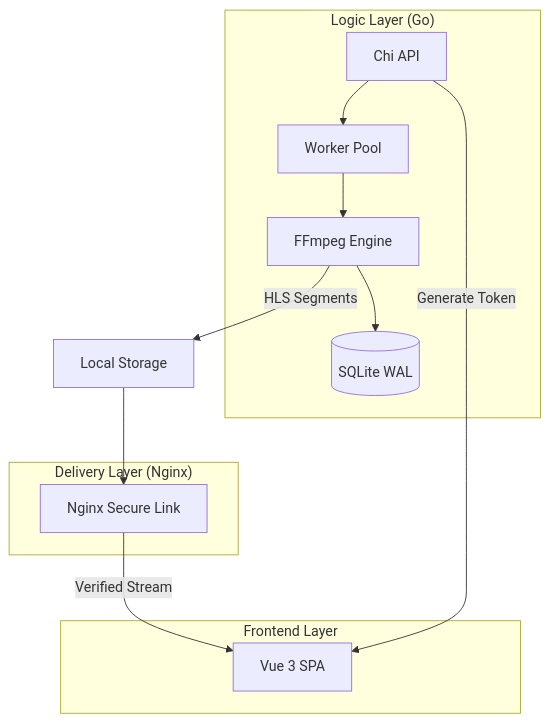
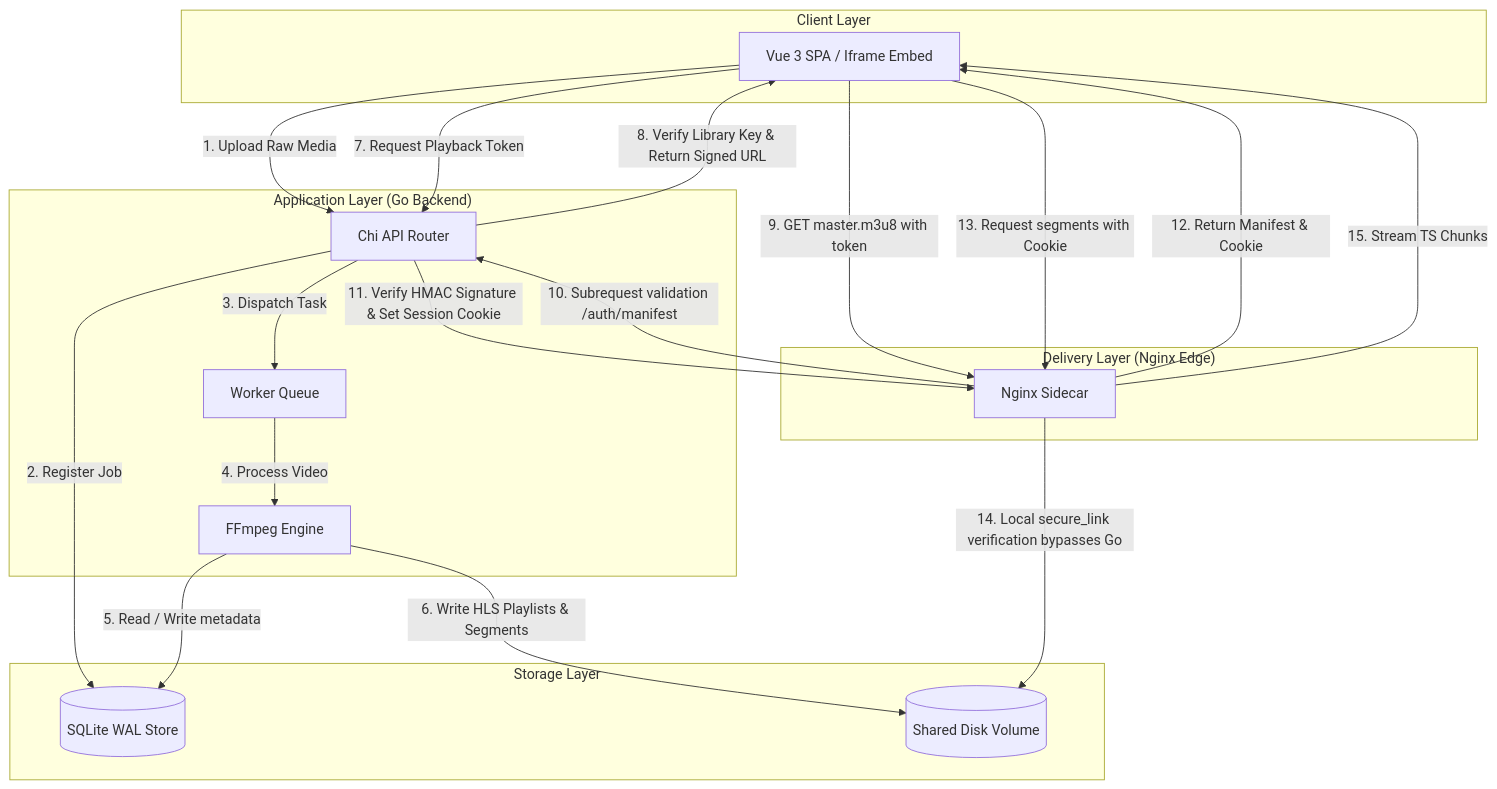
One commit to HabtamuTesafaye/Selvod changed the diagram in README.md. Above: the diagram before and after it, drawn with Mermaid. The commit also changed other lines of this file, not shown here.

Commit message:
docs: update system architecture diagram to reflect new request flow and components in README

````diff
--- a/README.md
+++ b/README.md
@@ -15,20 +15,40 @@
 ```mermaid
 graph TD
-    subgraph "Frontend Layer"
-        Client[Vue 3 SPA]
+    subgraph "Client Layer"
+        Client[Vue 3 SPA / Iframe Embed]
     end
 
-    subgraph "Logic Layer (Go)"
-        API[Chi API] --> Queue[Worker Pool]
-        Queue --> Transcoder[FFmpeg Engine]
-        Transcoder --> Metadata[(SQLite WAL)]
+    subgraph "Delivery Layer (Nginx Edge)"
+        Nginx[Nginx Sidecar]
     end
 
-    subgraph "Delivery Layer (Nginx)"
-        Nginx[Nginx Secure Link] -->|Verified Stream| Client
+    subgraph "Application Layer (Go Backend)"
+        API[Chi API Router]
+        Queue[Worker Queue]
+        Transcoder[FFmpeg Engine]
     end
 
-    API -->|Generate Token| Client
-    Transcoder -->|HLS Segments| Disk[Local Storage]
-    Disk --> Nginx
+    subgraph "Storage Layer"
+        DB[(SQLite WAL Store)]
+        Disk[(Shared Disk Volume)]
+    end
+
+    %% Upload & Transcoding Flow
+    Client -->|1. Upload Raw Media| API
+    API -->|2. Register Job| DB
+    API -->|3. Dispatch Task| Queue
+    Queue -->|4. Process Video| Transcoder
+    Transcoder -->|5. Read / Write metadata| DB
+    Transcoder -->|6. Write HLS Playlists & Segments| Disk
+
+    %% Playback Authorization & Delivery Flow
+    Client -->|7. Request Playback Token| API
+    API -->|8. Verify Library Key & Return Signed URL| Client
+    Client -->|9. GET master.m3u8 with token| Nginx
+    Nginx -->|10. Subrequest validation /auth/manifest| API
+    API -->|11. Verify HMAC Signature & Set Session Cookie| Nginx
+    Nginx -->|12. Return Manifest & Cookie| Client
+    Client -->|13. Request segments with Cookie| Nginx
+    Nginx -->|14. Local secure_link verification bypasses Go| Disk
+    Nginx -->|15. Stream TS Chunks| Client
 ```
````
